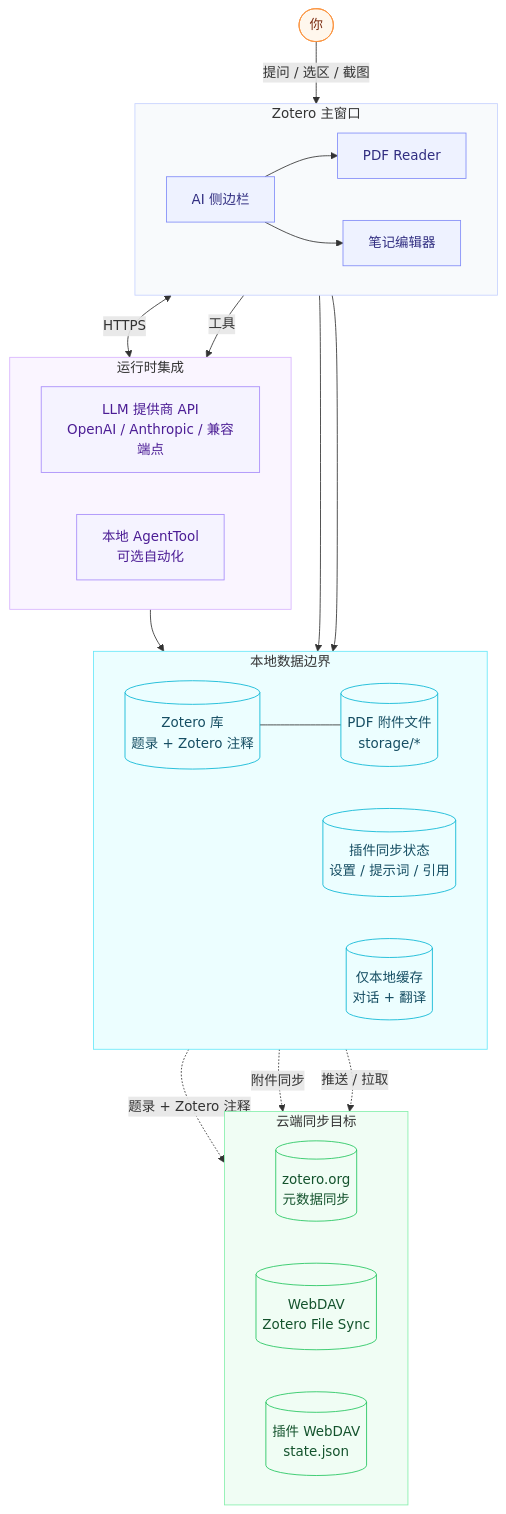
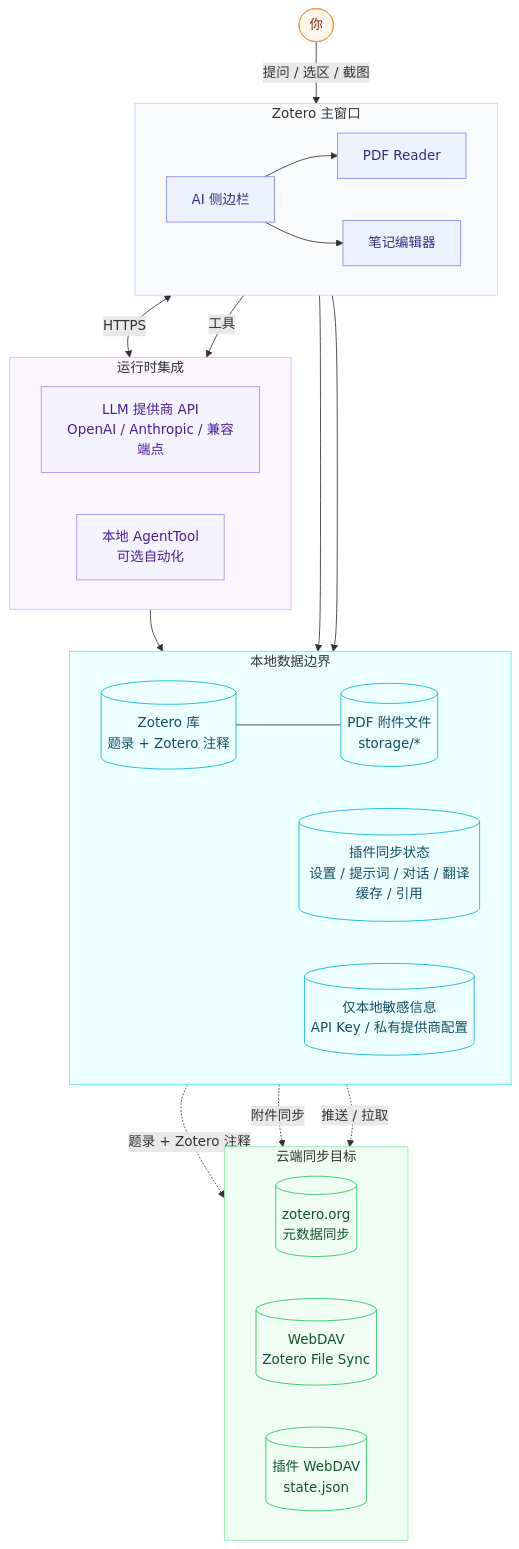
The first of 2 diagrams in README.zh-CN.md (zhi-11/zotero-ai-sidebar), drawn with Mermaid before and after one commit. The commit also changed other lines of this file and 1 other file, not shown here.

````diff
--- a/README.zh-CN.md
+++ b/README.zh-CN.md
@@ -108,61 +112,61 @@
 ```mermaid
 flowchart TB
     User([你])
 
     subgraph UI[Zotero 主窗口]
         direction LR
         Side[AI 侧边栏]
         PDF[PDF Reader]
         Note[笔记编辑器]
         Side --> PDF
         Side --> Note
     end
 
     subgraph Local[本地数据边界]
         direction LR
         Core[(Zotero 库<br/>题录 + Zotero 注释)]
         Files[(PDF 附件文件<br/>storage/*)]
-        PluginState[(插件同步状态<br/>设置 / 提示词 / 引用)]
-        Cache[(仅本地缓存<br/>对话 + 翻译)]
+        PluginState[(插件同步状态<br/>设置 / 提示词 / 对话 / 翻译缓存 / 引用)]
+        Secrets[(仅本地敏感信息<br/>API Key / 私有提供商配置)]
     end
 
     subgraph Runtime[运行时集成]
         direction LR
         Provider[LLM 提供商 API<br/>OpenAI / Anthropic / 兼容端点]
         Tools[本地 AgentTool<br/>可选自动化]
     end
 
     subgraph Cloud[云端同步目标]
         direction LR
         ZoteroOrg[(zotero.org<br/>元数据同步)]
         FileDAV[(WebDAV<br/>Zotero File Sync)]
         PluginDAV[(插件 WebDAV<br/>state.json)]
     end
 
     User -->|提问 / 选区 / 截图| Side
     Side <-->|HTTPS| Provider
     Side -->|工具| Tools
     Tools --> Core
-    Side --> Cache
+    Side --> Secrets
     Side --> PluginState
     Core --- Files
 
     Core -.题录 + Zotero 注释.-> ZoteroOrg
     Files -.附件同步.-> FileDAV
     PluginState -.推送 / 拉取.-> PluginDAV
 
     classDef actor fill:#fff7ed,stroke:#fb923c,color:#7c2d12,stroke-width:1px;
     classDef zotero fill:#eef2ff,stroke:#818cf8,color:#312e81,stroke-width:1px;
     classDef local fill:#ecfeff,stroke:#06b6d4,color:#164e63,stroke-width:1px;
     classDef runtime fill:#f5f3ff,stroke:#a78bfa,color:#4c1d95,stroke-width:1px;
     classDef cloud fill:#f0fdf4,stroke:#22c55e,color:#14532d,stroke-width:1px;
     class User actor;
     class Side,PDF,Note zotero;
-    class Core,Files,PluginState,Cache local;
+    class Core,Files,PluginState,Secrets local;
     class Provider,Tools runtime;
     class ZoteroOrg,FileDAV,PluginDAV cloud;
     style UI fill:#f8fafc,stroke:#c7d2fe,stroke-width:1px
     style Local fill:#ecfeff,stroke:#67e8f9,stroke-width:1px
     style Runtime fill:#faf5ff,stroke:#d8b4fe,stroke-width:1px
     style Cloud fill:#f0fdf4,stroke:#86efac,stroke-width:1px
 ```
````
